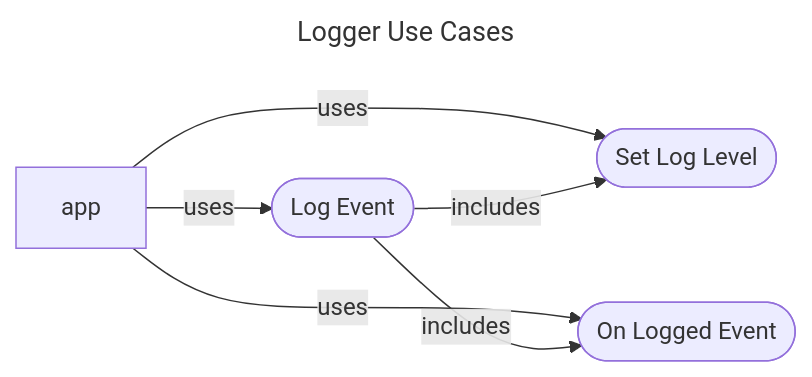
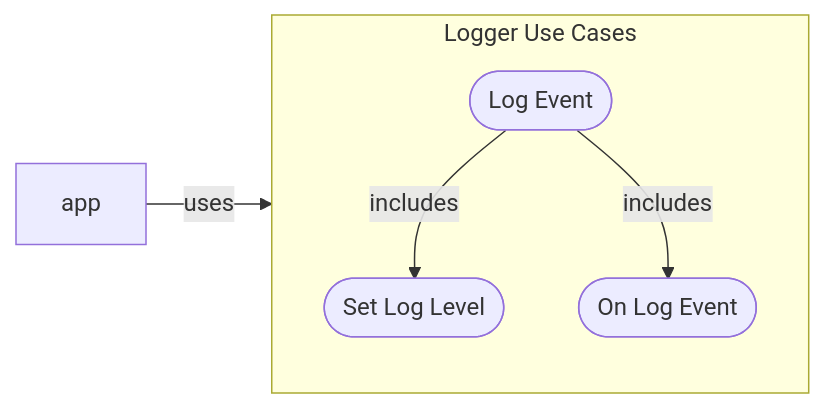
Before and after one commit to CodeMelted/codemelted_developer: the first of 2 diagrams in use_cases/core/logger.md, drawn with Mermaid. The commit also changed other lines of this file and 2 other files, not shown here.

Commit message:
Working on fleshing out the dialog UI use case.

````diff
--- a/use_cases/core/logger.md
+++ b/use_cases/core/logger.md
@@ -35,15 +35,12 @@
 ```mermaid
----
-title: Logger Use Cases
----
 flowchart LR
-  ucSetLogLevel([Set Log Level])
-  ucOnLoggedEvent([On Logged Event])
-  ucLogEvent([Log Event])
+  subgraph logger[Logger Use Cases]
+    ucSetLogLevel([Set Log Level])
+    ucOnLogEvent([On Log Event])
+    ucLogEvent([Log Event])
+    ucLogEvent --includes--> ucSetLogLevel
+    ucLogEvent --includes--> ucOnLogEvent
+  end
 
-  app --uses--> ucSetLogLevel
-  app --uses--> ucOnLoggedEvent
-  app --uses--> ucLogEvent
-  ucLogEvent --includes--> ucSetLogLevel
-  ucLogEvent --includes--> ucOnLoggedEvent
+  app --uses--> logger
 ```
````
